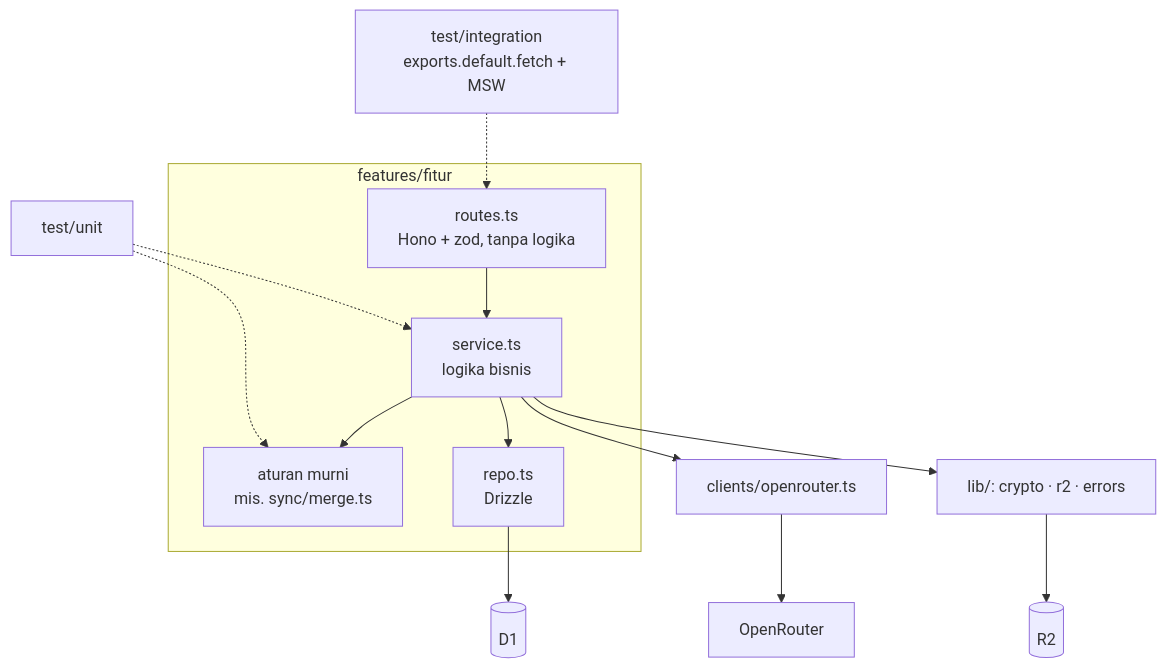
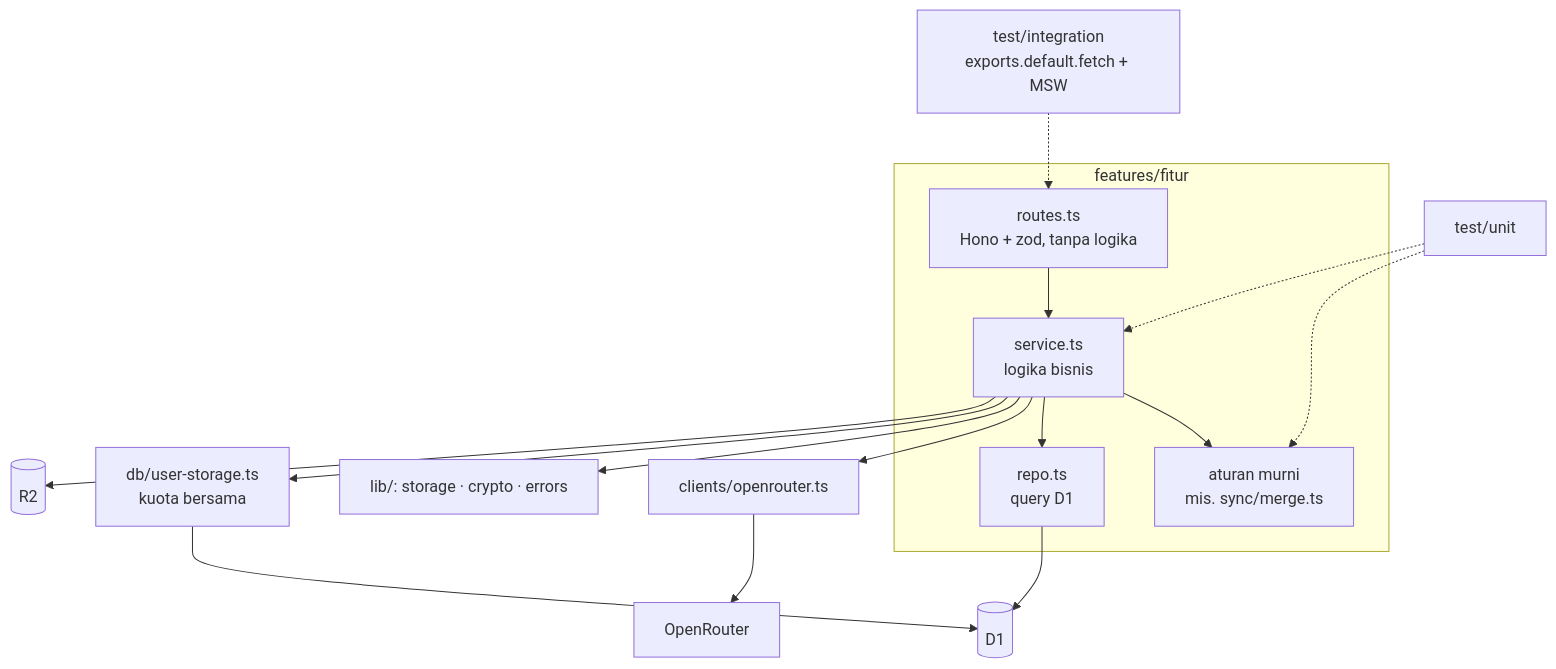
The sixth of 9 diagrams in docs/backend.md (choiruladamm/luma), drawn with Mermaid before and after one commit. The commit also changed other lines of this file and 32 other files, not shown here.

````diff
--- a/docs/backend.md
+++ b/docs/backend.md
@@ -451,16 +456,18 @@
 ```mermaid
 flowchart TB
   subgraph feature["features/fitur"]
     RT["routes.ts<br/>Hono + zod, tanpa logika"] --> SV["service.ts<br/>logika bisnis"]
     SV --> PURE["aturan murni<br/>mis. sync/merge.ts"]
-    SV --> RP["repo.ts<br/>Drizzle"]
+    SV --> RP["repo.ts<br/>query D1"]
   end
   SV --> CL["clients/openrouter.ts"]
-  SV --> LIB["lib/: crypto · r2 · errors"]
+  SV --> LIB["lib/: storage · crypto · errors"]
+  SV --> US["db/user-storage.ts<br/>kuota bersama"]
+  SV --> R2[(R2)]
   RP --> D1[(D1)]
-  LIB --> R2[(R2)]
+  US --> D1
   CL --> OR[OpenRouter]
   TU["test/unit"] -.-> PURE
   TU -.-> SV
   TI["test/integration<br/>exports.default.fetch + MSW"] -.-> RT
 ```
````
